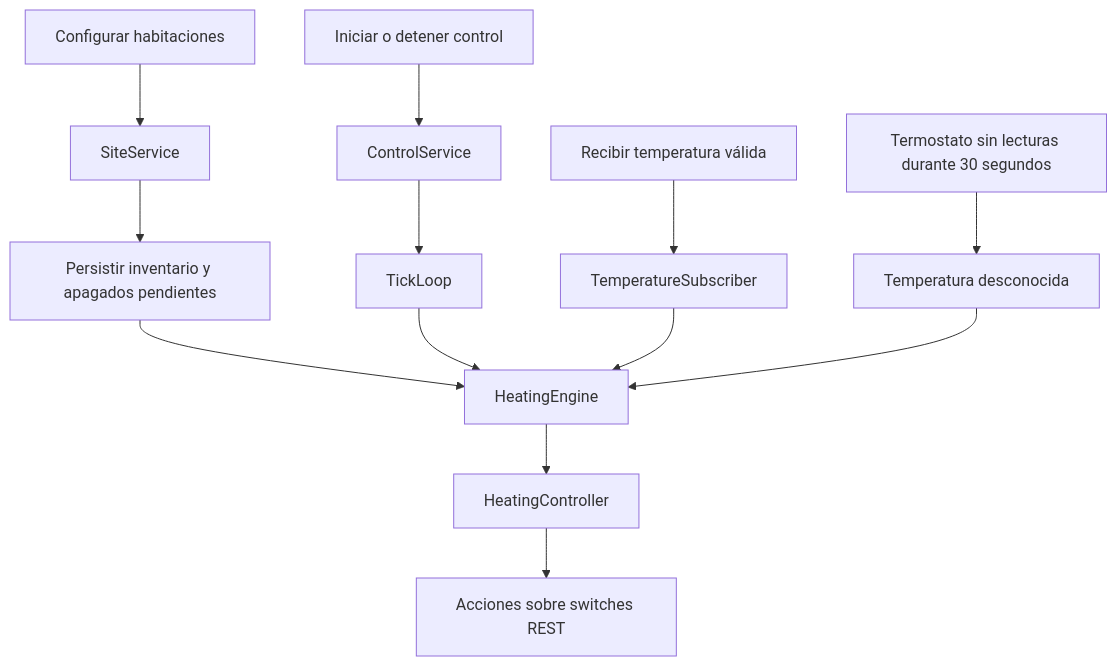
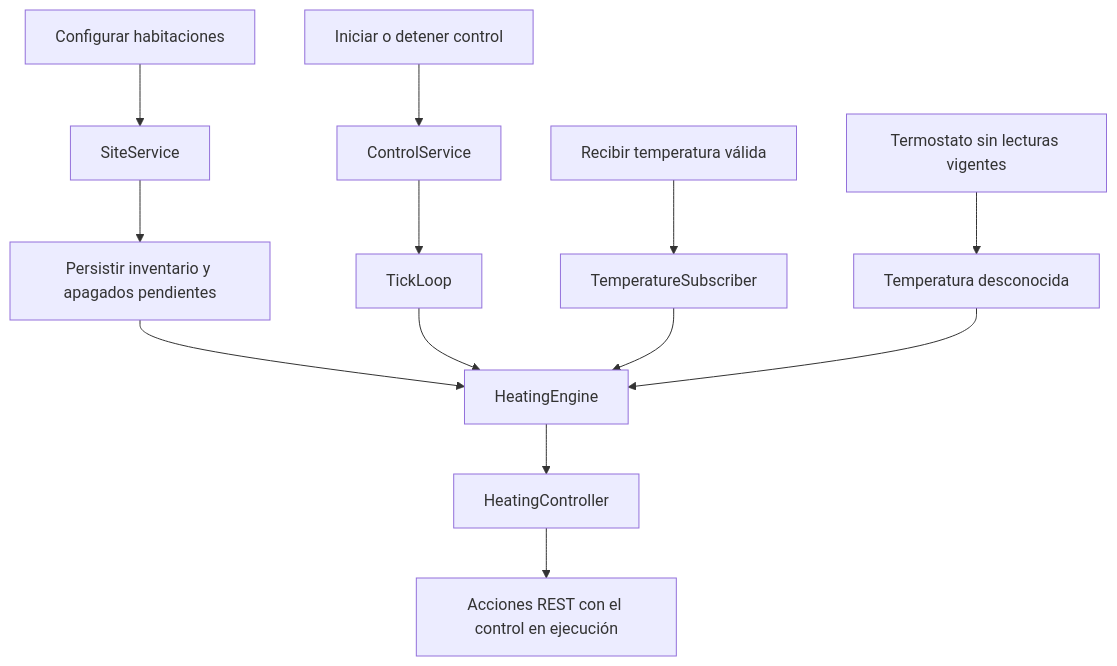
Before and after one commit to BreanCasas/iiss-2026-grupo-1: the fifth of 7 diagrams in docs/arquitectura/4mas1.md, drawn with Mermaid. The commit also changed other lines of this file and 119 other files, not shown here.

````diff
--- a/docs/arquitectura/4mas1.md
+++ b/docs/arquitectura/4mas1.md
@@ -336,19 +479,19 @@
 ```mermaid
 flowchart TD
     CONFIG["Configurar habitaciones"] --> SITE["SiteService"]
     SITE --> STORAGE["Persistir inventario y apagados pendientes"]
     STORAGE --> ENGINE["HeatingEngine"]
 
     START["Iniciar o detener control"] --> CONTROL["ControlService"]
     CONTROL --> LOOP["TickLoop"]
     LOOP --> ENGINE
 
     TEMPERATURE["Recibir temperatura válida"] --> SUBSCRIBER["TemperatureSubscriber"]
     SUBSCRIBER --> ENGINE
 
-    SILENCE["Termostato sin lecturas durante 30 segundos"] --> UNKNOWN["Temperatura desconocida"]
+    SILENCE["Termostato sin lecturas vigentes"] --> UNKNOWN["Temperatura desconocida"]
     UNKNOWN --> ENGINE
 
     ENGINE --> CORE["HeatingController"]
-    CORE --> COMMANDS["Acciones sobre switches REST"]
+    CORE --> COMMANDS["Acciones REST con el control en ejecución"]
 ```
````
